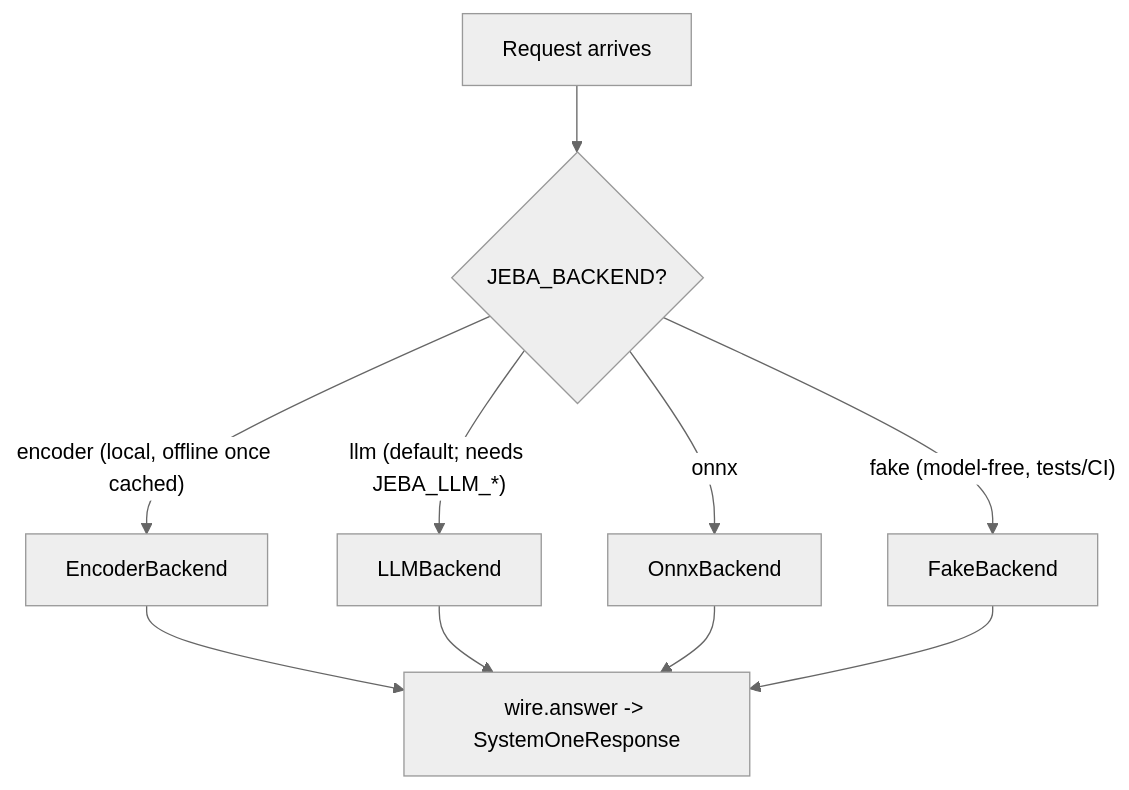
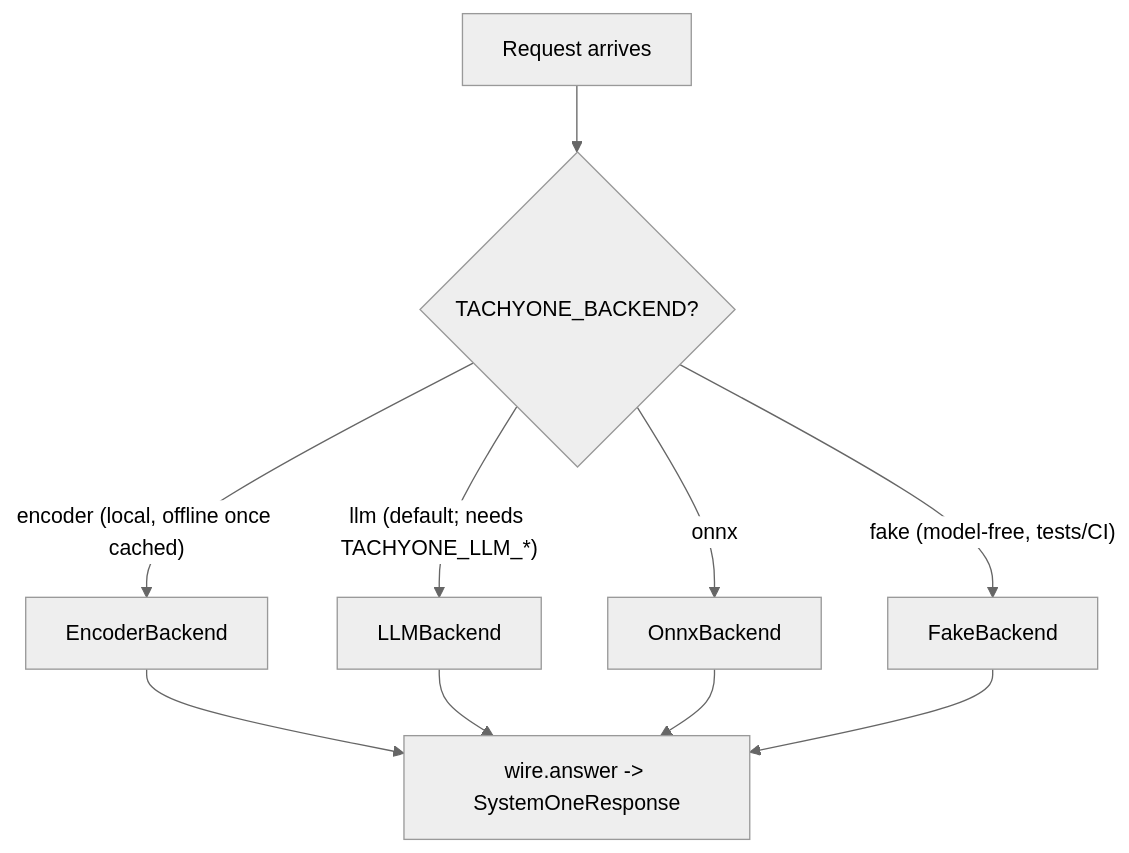
Before and after one commit to munod/tachyone: the third of 3 diagrams in docs/architecture.md, drawn with Mermaid (neutral theme). The commit also changed other lines of this file and 134 other files, not shown here.

````diff
--- a/docs/architecture.md
+++ b/docs/architecture.md
@@ -278,12 +278,12 @@
 ```mermaid
 flowchart TD
-    Req["Request arrives"] --> Cfg{"JEBA_BACKEND?"}
-    Cfg -->|"llm (default; needs JEBA_LLM_*)"| LLM["LLMBackend"]
+    Req["Request arrives"] --> Cfg{"TACHYONE_BACKEND?"}
+    Cfg -->|"llm (default; needs TACHYONE_LLM_*)"| LLM["LLMBackend"]
     Cfg -->|"encoder (local, offline once cached)"| Enc["EncoderBackend"]
     Cfg -->|"onnx"| ONNX["OnnxBackend"]
     Cfg -->|"fake (model-free, tests/CI)"| Fake["FakeBackend"]
     Enc --> Wire["wire.answer -> SystemOneResponse"]
     LLM --> Wire
     ONNX --> Wire
     Fake --> Wire
 ```
````
